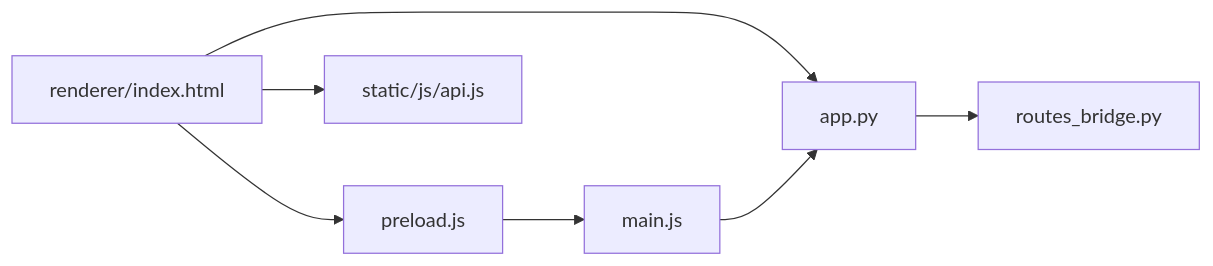
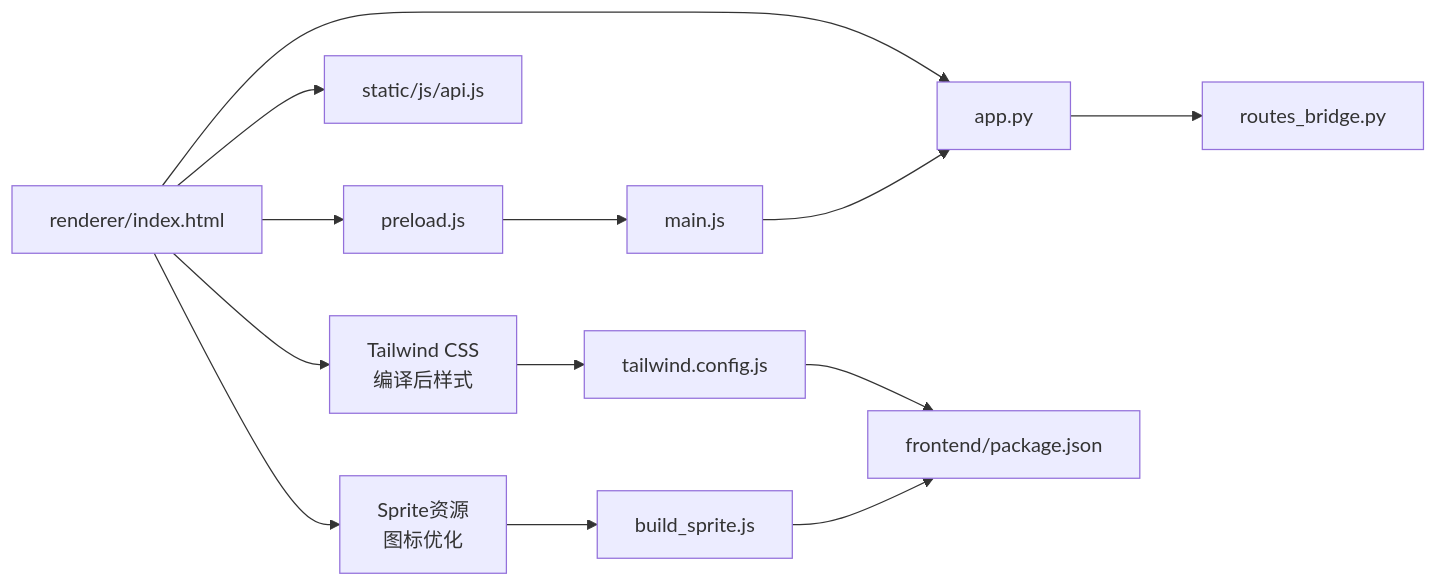
One commit to abokyoy/LectureLearnLoop changed the third of 4 diagrams in .qoder/repowiki/zh/content/前端架构/前端架构.md. Above: the diagram before and after it, drawn with Mermaid. The commit also changed other lines of this file and 91 other files, not shown here.

````diff
--- a/.qoder/repowiki/zh/content/前端架构/前端架构.md
+++ b/.qoder/repowiki/zh/content/前端架构/前端架构.md
@@ -252,9 +319,15 @@
 ```mermaid
 graph LR
 R["renderer/index.html"] --> P["preload.js"]
 R --> A["app.py"]
 P --> M["main.js"]
 M --> A
 A --> BR["routes_bridge.py"]
 R --> JS["static/js/api.js"]
+R --> TW["Tailwind CSS<br/>编译后样式"]
+R --> SP["Sprite资源<br/>图标优化"]
+TW --> TC["tailwind.config.js"]
+SP --> BS["build_sprite.js"]
+TC --> FP["frontend/package.json"]
+BS --> FP
 ```
````
